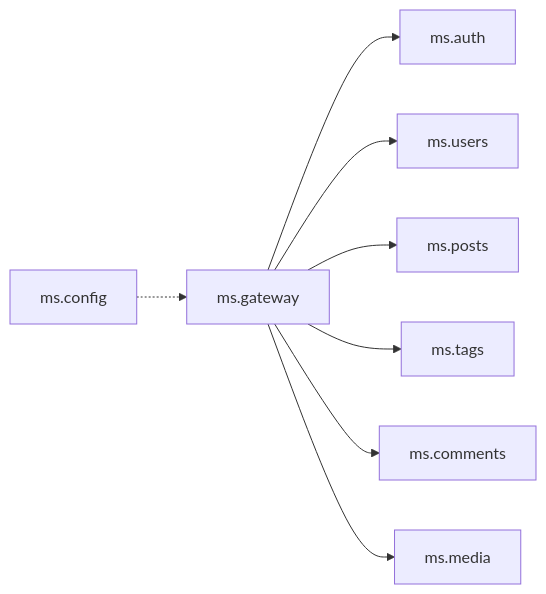
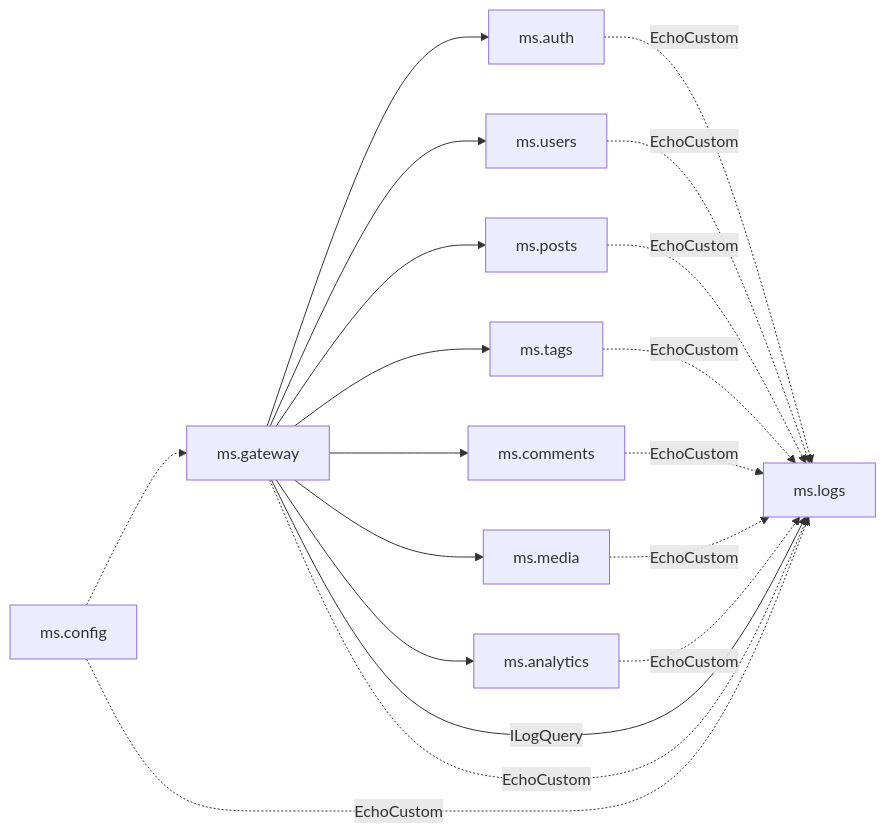
Before and after one commit to sakura1977/mormot2-microservices-blog-sample: the second of 2 diagrams in .claude/architecture.md, drawn with Mermaid. The commit also changed other lines of this file and 9 other files, not shown here.

````diff
--- a/.claude/architecture.md
+++ b/.claude/architecture.md
@@ -129,10 +174,21 @@
 ```mermaid
 graph LR
     CONFIG[ms.config] -.-> GW[ms.gateway]
     GW --> AUTH[ms.auth]
     GW --> USERS[ms.users]
     GW --> POSTS[ms.posts]
     GW --> TAGS[ms.tags]
     GW --> COMMENTS[ms.comments]
     GW --> MEDIA[ms.media]
+    GW --> ANALYTICS[ms.analytics]
+    GW -->|ILogQuery| LOGS[ms.logs]
+    AUTH -. EchoCustom .-> LOGS
+    USERS -. EchoCustom .-> LOGS
+    POSTS -. EchoCustom .-> LOGS
+    TAGS -. EchoCustom .-> LOGS
+    COMMENTS -. EchoCustom .-> LOGS
+    MEDIA -. EchoCustom .-> LOGS
+    ANALYTICS -. EchoCustom .-> LOGS
+    CONFIG -. EchoCustom .-> LOGS
+    GW -. EchoCustom .-> LOGS
 ```
````
